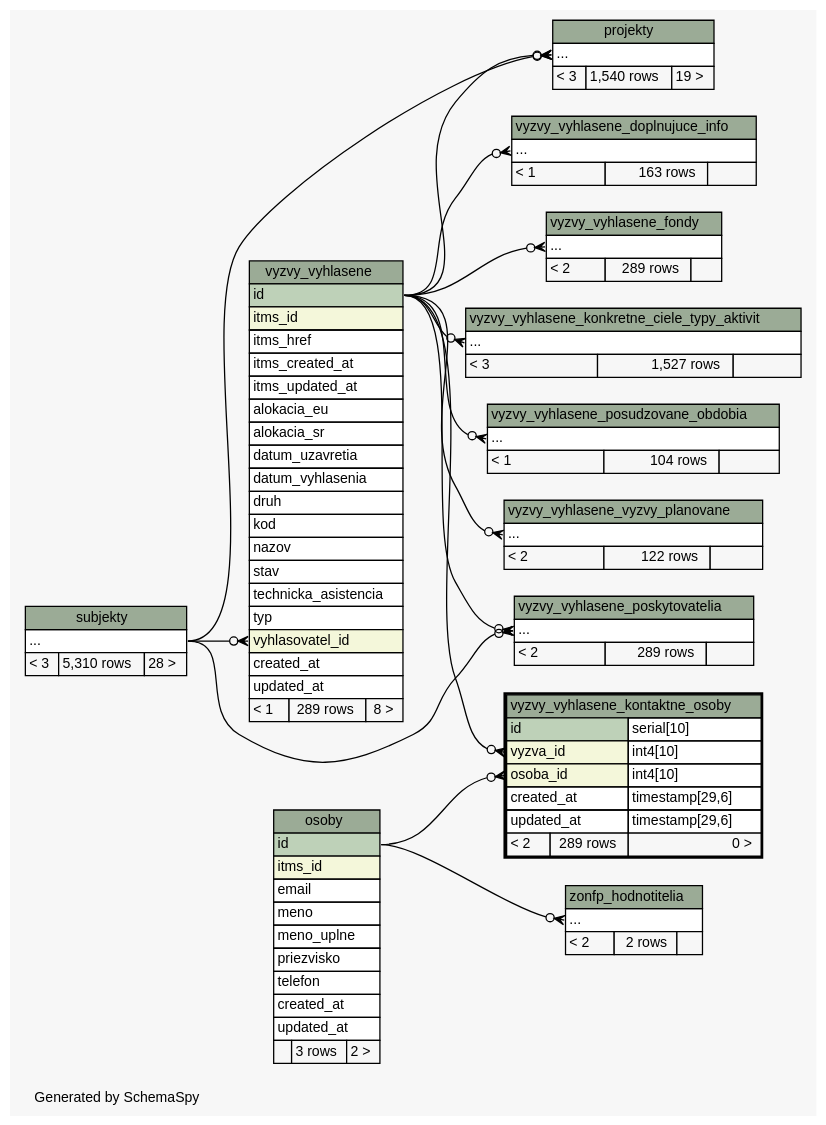
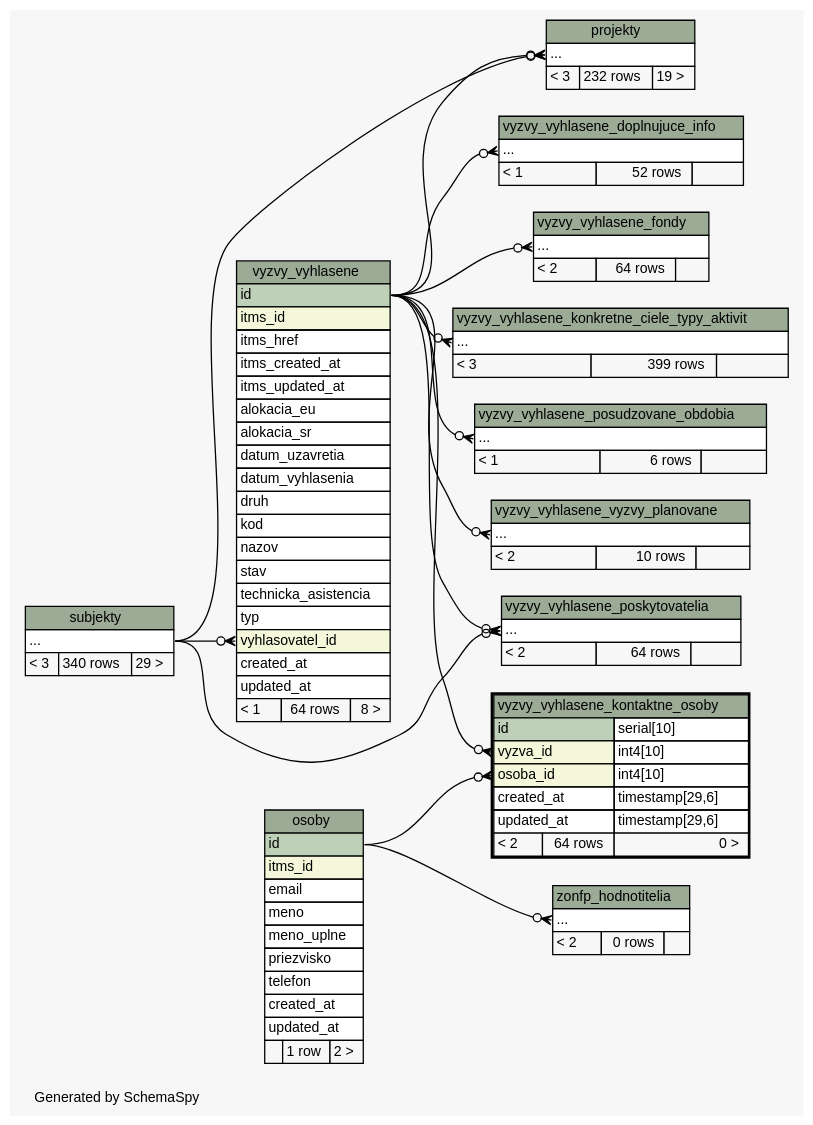
Before and after one commit to eronisko/itms_schema: the diagram in diagrams/vyzvy_vyhlasene_kontaktne_osoby.2degrees.dot, drawn with Graphviz. The commit also changed 473 other files, not shown here.

Commit message:
Reload schema data

```diff
--- a/diagrams/vyzvy_vyhlasene_kontaktne_osoby.2degrees.dot
+++ b/diagrams/vyzvy_vyhlasene_kontaktne_osoby.2degrees.dot
@@ -1,184 +1,184 @@
 // dot 2.38.0 on Linux 4.10.0-38-generic
 // SchemaSpy rev 590
 digraph "twoDegreesRelationshipsDiagram" {
   graph [
     rankdir="RL"
     bgcolor="#f7f7f7"
     label="\nGenerated by SchemaSpy"
     labeljust="l"
     nodesep="0.18"
     ranksep="0.46"
     fontname="Helvetica"
     fontsize="11"
   ];
   node [
     fontname="Helvetica"
     fontsize="11"
     shape="plaintext"
   ];
   edge [
     arrowsize="0.8"
   ];
   "projekty":"elipses":w -> "subjekty":"elipses":e [arrowhead=none dir=back arrowtail=crowodot];
   "projekty":"elipses":w -> "vyzvy_vyhlasene":"id":e [arrowhead=none dir=back arrowtail=crowodot];
   "vyzvy_vyhlasene":"vyhlasovatel_id":w -> "subjekty":"elipses":e [arrowhead=none dir=back arrowtail=crowodot];
   "vyzvy_vyhlasene_doplnujuce_info":"elipses":w -> "vyzvy_vyhlasene":"id":e [arrowhead=none dir=back arrowtail=crowodot];
   "vyzvy_vyhlasene_fondy":"elipses":w -> "vyzvy_vyhlasene":"id":e [arrowhead=none dir=back arrowtail=crowodot];
   "vyzvy_vyhlasene_konkretne_ciele_typy_aktivit":"elipses":w -> "vyzvy_vyhlasene":"id":e [arrowhead=none dir=back arrowtail=crowodot];
   "vyzvy_vyhlasene_kontaktne_osoby":"osoba_id":w -> "osoby":"id":e [arrowhead=none dir=back arrowtail=crowodot];
   "vyzvy_vyhlasene_kontaktne_osoby":"vyzva_id":w -> "vyzvy_vyhlasene":"id":e [arrowhead=none dir=back arrowtail=crowodot];
   "vyzvy_vyhlasene_poskytovatelia":"elipses":w -> "subjekty":"elipses":e [arrowhead=none dir=back arrowtail=crowodot];
   "vyzvy_vyhlasene_poskytovatelia":"elipses":w -> "vyzvy_vyhlasene":"id":e [arrowhead=none dir=back arrowtail=crowodot];
   "vyzvy_vyhlasene_posudzovane_obdobia":"elipses":w -> "vyzvy_vyhlasene":"id":e [arrowhead=none dir=back arrowtail=crowodot];
   "vyzvy_vyhlasene_vyzvy_planovane":"elipses":w -> "vyzvy_vyhlasene":"id":e [arrowhead=none dir=back arrowtail=crowodot];
   "zonfp_hodnotitelia":"elipses":w -> "osoby":"id":e [arrowhead=none dir=back arrowtail=crowodot];
   "osoby" [
     label=<
     <TABLE BORDER="0" CELLBORDER="1" CELLSPACING="0" BGCOLOR="#ffffff">
       <TR><TD COLSPAN="3" BGCOLOR="#9bab96" ALIGN="CENTER">osoby</TD></TR>
       <TR><TD PORT="id" COLSPAN="3" BGCOLOR="#bed1b8" ALIGN="LEFT">id</TD></TR>
       <TR><TD PORT="itms_id" COLSPAN="3" BGCOLOR="#f4f7da" ALIGN="LEFT">itms_id</TD></TR>
       <TR><TD PORT="email" COLSPAN="3" ALIGN="LEFT">email</TD></TR>
       <TR><TD PORT="meno" COLSPAN="3" ALIGN="LEFT">meno</TD></TR>
       <TR><TD PORT="meno_uplne" COLSPAN="3" ALIGN="LEFT">meno_uplne</TD></TR>
       <TR><TD PORT="priezvisko" COLSPAN="3" ALIGN="LEFT">priezvisko</TD></TR>
       <TR><TD PORT="telefon" COLSPAN="3" ALIGN="LEFT">telefon</TD></TR>
       <TR><TD PORT="created_at" COLSPAN="3" ALIGN="LEFT">created_at</TD></TR>
       <TR><TD PORT="updated_at" COLSPAN="3" ALIGN="LEFT">updated_at</TD></TR>
-      <TR><TD ALIGN="LEFT" BGCOLOR="#f7f7f7">  </TD><TD ALIGN="RIGHT" BGCOLOR="#f7f7f7">3 rows</TD><TD ALIGN="RIGHT" BGCOLOR="#f7f7f7">2 &gt;</TD></TR>
+      <TR><TD ALIGN="LEFT" BGCOLOR="#f7f7f7">  </TD><TD ALIGN="RIGHT" BGCOLOR="#f7f7f7">1 row</TD><TD ALIGN="RIGHT" BGCOLOR="#f7f7f7">2 &gt;</TD></TR>
     </TABLE>>
     URL="osoby.html"
     tooltip="osoby"
   ];
   "projekty" [
     label=<
     <TABLE BORDER="0" CELLBORDER="1" CELLSPACING="0" BGCOLOR="#ffffff">
       <TR><TD COLSPAN="3" BGCOLOR="#9bab96" ALIGN="CENTER">projekty</TD></TR>
       <TR><TD PORT="elipses" COLSPAN="3" ALIGN="LEFT">...</TD></TR>
-      <TR><TD ALIGN="LEFT" BGCOLOR="#f7f7f7">&lt; 3</TD><TD ALIGN="RIGHT" BGCOLOR="#f7f7f7">1,540 rows</TD><TD ALIGN="RIGHT" BGCOLOR="#f7f7f7">19 &gt;</TD></TR>
+      <TR><TD ALIGN="LEFT" BGCOLOR="#f7f7f7">&lt; 3</TD><TD ALIGN="RIGHT" BGCOLOR="#f7f7f7">232 rows</TD><TD ALIGN="RIGHT" BGCOLOR="#f7f7f7">19 &gt;</TD></TR>
     </TABLE>>
     URL="projekty.html"
     tooltip="projekty"
   ];
   "subjekty" [
     label=<
     <TABLE BORDER="0" CELLBORDER="1" CELLSPACING="0" BGCOLOR="#ffffff">
       <TR><TD COLSPAN="3" BGCOLOR="#9bab96" ALIGN="CENTER">subjekty</TD></TR>
       <TR><TD PORT="elipses" COLSPAN="3" ALIGN="LEFT">...</TD></TR>
-      <TR><TD ALIGN="LEFT" BGCOLOR="#f7f7f7">&lt; 3</TD><TD ALIGN="RIGHT" BGCOLOR="#f7f7f7">5,310 rows</TD><TD ALIGN="RIGHT" BGCOLOR="#f7f7f7">28 &gt;</TD></TR>
+      <TR><TD ALIGN="LEFT" BGCOLOR="#f7f7f7">&lt; 3</TD><TD ALIGN="RIGHT" BGCOLOR="#f7f7f7">340 rows</TD><TD ALIGN="RIGHT" BGCOLOR="#f7f7f7">29 &gt;</TD></TR>
     </TABLE>>
     URL="subjekty.html"
     tooltip="subjekty"
   ];
   "vyzvy_vyhlasene" [
     label=<
     <TABLE BORDER="0" CELLBORDER="1" CELLSPACING="0" BGCOLOR="#ffffff">
       <TR><TD COLSPAN="3" BGCOLOR="#9bab96" ALIGN="CENTER">vyzvy_vyhlasene</TD></TR>
       <TR><TD PORT="id" COLSPAN="3" BGCOLOR="#bed1b8" ALIGN="LEFT">id</TD></TR>
       <TR><TD PORT="itms_id" COLSPAN="3" BGCOLOR="#f4f7da" ALIGN="LEFT">itms_id</TD></TR>
       <TR><TD PORT="itms_href" COLSPAN="3" ALIGN="LEFT">itms_href</TD></TR>
       <TR><TD PORT="itms_created_at" COLSPAN="3" ALIGN="LEFT">itms_created_at</TD></TR>
       <TR><TD PORT="itms_updated_at" COLSPAN="3" ALIGN="LEFT">itms_updated_at</TD></TR>
       <TR><TD PORT="alokacia_eu" COLSPAN="3" ALIGN="LEFT">alokacia_eu</TD></TR>
       <TR><TD PORT="alokacia_sr" COLSPAN="3" ALIGN="LEFT">alokacia_sr</TD></TR>
       <TR><TD PORT="datum_uzavretia" COLSPAN="3" ALIGN="LEFT">datum_uzavretia</TD></TR>
       <TR><TD PORT="datum_vyhlasenia" COLSPAN="3" ALIGN="LEFT">datum_vyhlasenia</TD></TR>
       <TR><TD PORT="druh" COLSPAN="3" ALIGN="LEFT">druh</TD></TR>
       <TR><TD PORT="kod" COLSPAN="3" ALIGN="LEFT">kod</TD></TR>
       <TR><TD PORT="nazov" COLSPAN="3" ALIGN="LEFT">nazov</TD></TR>
       <TR><TD PORT="stav" COLSPAN="3" ALIGN="LEFT">stav</TD></TR>
       <TR><TD PORT="technicka_asistencia" COLSPAN="3" ALIGN="LEFT">technicka_asistencia</TD></TR>
       <TR><TD PORT="typ" COLSPAN="3" ALIGN="LEFT">typ</TD></TR>
       <TR><TD PORT="vyhlasovatel_id" COLSPAN="3" BGCOLOR="#f4f7da" ALIGN="LEFT">vyhlasovatel_id</TD></TR>
       <TR><TD PORT="created_at" COLSPAN="3" ALIGN="LEFT">created_at</TD></TR>
       <TR><TD PORT="updated_at" COLSPAN="3" ALIGN="LEFT">updated_at</TD></TR>
-      <TR><TD ALIGN="LEFT" BGCOLOR="#f7f7f7">&lt; 1</TD><TD ALIGN="RIGHT" BGCOLOR="#f7f7f7">289 rows</TD><TD ALIGN="RIGHT" BGCOLOR="#f7f7f7">8 &gt;</TD></TR>
+      <TR><TD ALIGN="LEFT" BGCOLOR="#f7f7f7">&lt; 1</TD><TD ALIGN="RIGHT" BGCOLOR="#f7f7f7">64 rows</TD><TD ALIGN="RIGHT" BGCOLOR="#f7f7f7">8 &gt;</TD></TR>
     </TABLE>>
     URL="vyzvy_vyhlasene.html"
     tooltip="vyzvy_vyhlasene"
   ];
   "vyzvy_vyhlasene_doplnujuce_info" [
     label=<
     <TABLE BORDER="0" CELLBORDER="1" CELLSPACING="0" BGCOLOR="#ffffff">
       <TR><TD COLSPAN="3" BGCOLOR="#9bab96" ALIGN="CENTER">vyzvy_vyhlasene_doplnujuce_info</TD></TR>
       <TR><TD PORT="elipses" COLSPAN="3" ALIGN="LEFT">...</TD></TR>
-      <TR><TD ALIGN="LEFT" BGCOLOR="#f7f7f7">&lt; 1</TD><TD ALIGN="RIGHT" BGCOLOR="#f7f7f7">163 rows</TD><TD ALIGN="RIGHT" BGCOLOR="#f7f7f7">  </TD></TR>
+      <TR><TD ALIGN="LEFT" BGCOLOR="#f7f7f7">&lt; 1</TD><TD ALIGN="RIGHT" BGCOLOR="#f7f7f7">52 rows</TD><TD ALIGN="RIGHT" BGCOLOR="#f7f7f7">  </TD></TR>
     </TABLE>>
     URL="vyzvy_vyhlasene_doplnujuce_info.html"
     tooltip="vyzvy_vyhlasene_doplnujuce_info"
   ];
   "vyzvy_vyhlasene_fondy" [
     label=<
     <TABLE BORDER="0" CELLBORDER="1" CELLSPACING="0" BGCOLOR="#ffffff">
       <TR><TD COLSPAN="3" BGCOLOR="#9bab96" ALIGN="CENTER">vyzvy_vyhlasene_fondy</TD></TR>
       <TR><TD PORT="elipses" COLSPAN="3" ALIGN="LEFT">...</TD></TR>
-      <TR><TD ALIGN="LEFT" BGCOLOR="#f7f7f7">&lt; 2</TD><TD ALIGN="RIGHT" BGCOLOR="#f7f7f7">289 rows</TD><TD ALIGN="RIGHT" BGCOLOR="#f7f7f7">  </TD></TR>
+      <TR><TD ALIGN="LEFT" BGCOLOR="#f7f7f7">&lt; 2</TD><TD ALIGN="RIGHT" BGCOLOR="#f7f7f7">64 rows</TD><TD ALIGN="RIGHT" BGCOLOR="#f7f7f7">  </TD></TR>
     </TABLE>>
     URL="vyzvy_vyhlasene_fondy.html"
     tooltip="vyzvy_vyhlasene_fondy"
   ];
   "vyzvy_vyhlasene_konkretne_ciele_typy_aktivit" [
     label=<
     <TABLE BORDER="0" CELLBORDER="1" CELLSPACING="0" BGCOLOR="#ffffff">
       <TR><TD COLSPAN="3" BGCOLOR="#9bab96" ALIGN="CENTER">vyzvy_vyhlasene_konkretne_ciele_typy_aktivit</TD></TR>
       <TR><TD PORT="elipses" COLSPAN="3" ALIGN="LEFT">...</TD></TR>
-      <TR><TD ALIGN="LEFT" BGCOLOR="#f7f7f7">&lt; 3</TD><TD ALIGN="RIGHT" BGCOLOR="#f7f7f7">1,527 rows</TD><TD ALIGN="RIGHT" BGCOLOR="#f7f7f7">  </TD></TR>
+      <TR><TD ALIGN="LEFT" BGCOLOR="#f7f7f7">&lt; 3</TD><TD ALIGN="RIGHT" BGCOLOR="#f7f7f7">399 rows</TD><TD ALIGN="RIGHT" BGCOLOR="#f7f7f7">  </TD></TR>
     </TABLE>>
     URL="vyzvy_vyhlasene_konkretne_ciele_typy_aktivit.html"
     tooltip="vyzvy_vyhlasene_konkretne_ciele_typy_aktivit"
   ];
   "vyzvy_vyhlasene_kontaktne_osoby" [
     label=<
     <TABLE BORDER="2" CELLBORDER="1" CELLSPACING="0" BGCOLOR="#ffffff">
       <TR><TD COLSPAN="3" BGCOLOR="#9bab96" ALIGN="CENTER">vyzvy_vyhlasene_kontaktne_osoby</TD></TR>
       <TR><TD PORT="id" COLSPAN="2" BGCOLOR="#bed1b8" ALIGN="LEFT">id</TD><TD PORT="id.type" ALIGN="LEFT">serial[10]</TD></TR>
       <TR><TD PORT="vyzva_id" COLSPAN="2" BGCOLOR="#f4f7da" ALIGN="LEFT">vyzva_id</TD><TD PORT="vyzva_id.type" ALIGN="LEFT">int4[10]</TD></TR>
       <TR><TD PORT="osoba_id" COLSPAN="2" BGCOLOR="#f4f7da" ALIGN="LEFT">osoba_id</TD><TD PORT="osoba_id.type" ALIGN="LEFT">int4[10]</TD></TR>
       <TR><TD PORT="created_at" COLSPAN="2" ALIGN="LEFT">created_at</TD><TD PORT="created_at.type" ALIGN="LEFT">timestamp[29,6]</TD></TR>
       <TR><TD PORT="updated_at" COLSPAN="2" ALIGN="LEFT">updated_at</TD><TD PORT="updated_at.type" ALIGN="LEFT">timestamp[29,6]</TD></TR>
-      <TR><TD ALIGN="LEFT" BGCOLOR="#f7f7f7">&lt; 2</TD><TD ALIGN="RIGHT" BGCOLOR="#f7f7f7">289 rows</TD><TD ALIGN="RIGHT" BGCOLOR="#f7f7f7">0 &gt;</TD></TR>
+      <TR><TD ALIGN="LEFT" BGCOLOR="#f7f7f7">&lt; 2</TD><TD ALIGN="RIGHT" BGCOLOR="#f7f7f7">64 rows</TD><TD ALIGN="RIGHT" BGCOLOR="#f7f7f7">0 &gt;</TD></TR>
     </TABLE>>
     URL="vyzvy_vyhlasene_kontaktne_osoby.html"
     tooltip="vyzvy_vyhlasene_kontaktne_osoby"
   ];
   "vyzvy_vyhlasene_poskytovatelia" [
     label=<
     <TABLE BORDER="0" CELLBORDER="1" CELLSPACING="0" BGCOLOR="#ffffff">
       <TR><TD COLSPAN="3" BGCOLOR="#9bab96" ALIGN="CENTER">vyzvy_vyhlasene_poskytovatelia</TD></TR>
       <TR><TD PORT="elipses" COLSPAN="3" ALIGN="LEFT">...</TD></TR>
-      <TR><TD ALIGN="LEFT" BGCOLOR="#f7f7f7">&lt; 2</TD><TD ALIGN="RIGHT" BGCOLOR="#f7f7f7">289 rows</TD><TD ALIGN="RIGHT" BGCOLOR="#f7f7f7">  </TD></TR>
+      <TR><TD ALIGN="LEFT" BGCOLOR="#f7f7f7">&lt; 2</TD><TD ALIGN="RIGHT" BGCOLOR="#f7f7f7">64 rows</TD><TD ALIGN="RIGHT" BGCOLOR="#f7f7f7">  </TD></TR>
     </TABLE>>
     URL="vyzvy_vyhlasene_poskytovatelia.html"
     tooltip="vyzvy_vyhlasene_poskytovatelia"
   ];
   "vyzvy_vyhlasene_posudzovane_obdobia" [
     label=<
     <TABLE BORDER="0" CELLBORDER="1" CELLSPACING="0" BGCOLOR="#ffffff">
       <TR><TD COLSPAN="3" BGCOLOR="#9bab96" ALIGN="CENTER">vyzvy_vyhlasene_posudzovane_obdobia</TD></TR>
       <TR><TD PORT="elipses" COLSPAN="3" ALIGN="LEFT">...</TD></TR>
-      <TR><TD ALIGN="LEFT" BGCOLOR="#f7f7f7">&lt; 1</TD><TD ALIGN="RIGHT" BGCOLOR="#f7f7f7">104 rows</TD><TD ALIGN="RIGHT" BGCOLOR="#f7f7f7">  </TD></TR>
+      <TR><TD ALIGN="LEFT" BGCOLOR="#f7f7f7">&lt; 1</TD><TD ALIGN="RIGHT" BGCOLOR="#f7f7f7">6 rows</TD><TD ALIGN="RIGHT" BGCOLOR="#f7f7f7">  </TD></TR>
     </TABLE>>
     URL="vyzvy_vyhlasene_posudzovane_obdobia.html"
     tooltip="vyzvy_vyhlasene_posudzovane_obdobia"
   ];
   "vyzvy_vyhlasene_vyzvy_planovane" [
     label=<
     <TABLE BORDER="0" CELLBORDER="1" CELLSPACING="0" BGCOLOR="#ffffff">
       <TR><TD COLSPAN="3" BGCOLOR="#9bab96" ALIGN="CENTER">vyzvy_vyhlasene_vyzvy_planovane</TD></TR>
       <TR><TD PORT="elipses" COLSPAN="3" ALIGN="LEFT">...</TD></TR>
-      <TR><TD ALIGN="LEFT" BGCOLOR="#f7f7f7">&lt; 2</TD><TD ALIGN="RIGHT" BGCOLOR="#f7f7f7">122 rows</TD><TD ALIGN="RIGHT" BGCOLOR="#f7f7f7">  </TD></TR>
+      <TR><TD ALIGN="LEFT" BGCOLOR="#f7f7f7">&lt; 2</TD><TD ALIGN="RIGHT" BGCOLOR="#f7f7f7">10 rows</TD><TD ALIGN="RIGHT" BGCOLOR="#f7f7f7">  </TD></TR>
     </TABLE>>
     URL="vyzvy_vyhlasene_vyzvy_planovane.html"
     tooltip="vyzvy_vyhlasene_vyzvy_planovane"
   ];
   "zonfp_hodnotitelia" [
     label=<
     <TABLE BORDER="0" CELLBORDER="1" CELLSPACING="0" BGCOLOR="#ffffff">
       <TR><TD COLSPAN="3" BGCOLOR="#9bab96" ALIGN="CENTER">zonfp_hodnotitelia</TD></TR>
       <TR><TD PORT="elipses" COLSPAN="3" ALIGN="LEFT">...</TD></TR>
-      <TR><TD ALIGN="LEFT" BGCOLOR="#f7f7f7">&lt; 2</TD><TD ALIGN="RIGHT" BGCOLOR="#f7f7f7">2 rows</TD><TD ALIGN="RIGHT" BGCOLOR="#f7f7f7">  </TD></TR>
+      <TR><TD ALIGN="LEFT" BGCOLOR="#f7f7f7">&lt; 2</TD><TD ALIGN="RIGHT" BGCOLOR="#f7f7f7">0 rows</TD><TD ALIGN="RIGHT" BGCOLOR="#f7f7f7">  </TD></TR>
     </TABLE>>
     URL="zonfp_hodnotitelia.html"
     tooltip="zonfp_hodnotitelia"
   ];
 }
```
